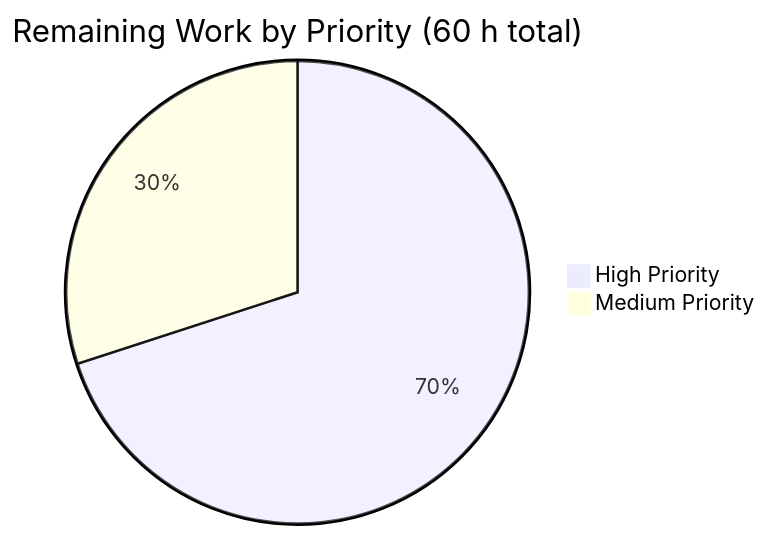
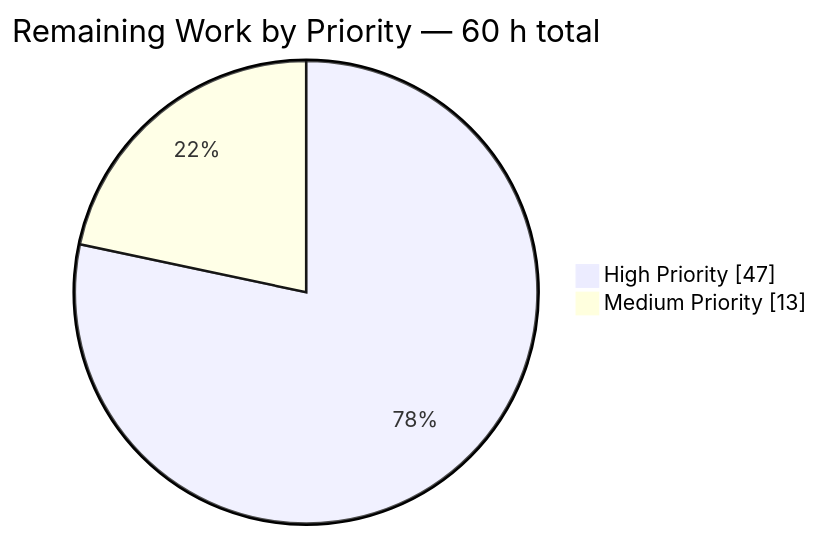
The third of 4 diagrams in blitzy/documentation/Project Guide.md (Blitzy-Sandbox/blitzy-WebVella-ERP), drawn with Mermaid before and after one commit. The commit also changed other lines of this file, not shown here.

Commit message:
Adding Blitzy Project Guide: Project Status and Human Tasks Remaining

````diff
--- a/blitzy/documentation/Project Guide.md
+++ b/blitzy/documentation/Project Guide.md
@@ -285,5 +292,5 @@
 ```mermaid
-pie title Remaining Work by Priority (60 h total)
-    "High Priority" : 42
-    "Medium Priority" : 18
+pie showData title Remaining Work by Priority — 60 h total
+    "High Priority" : 47
+    "Medium Priority" : 13
 ```
````
